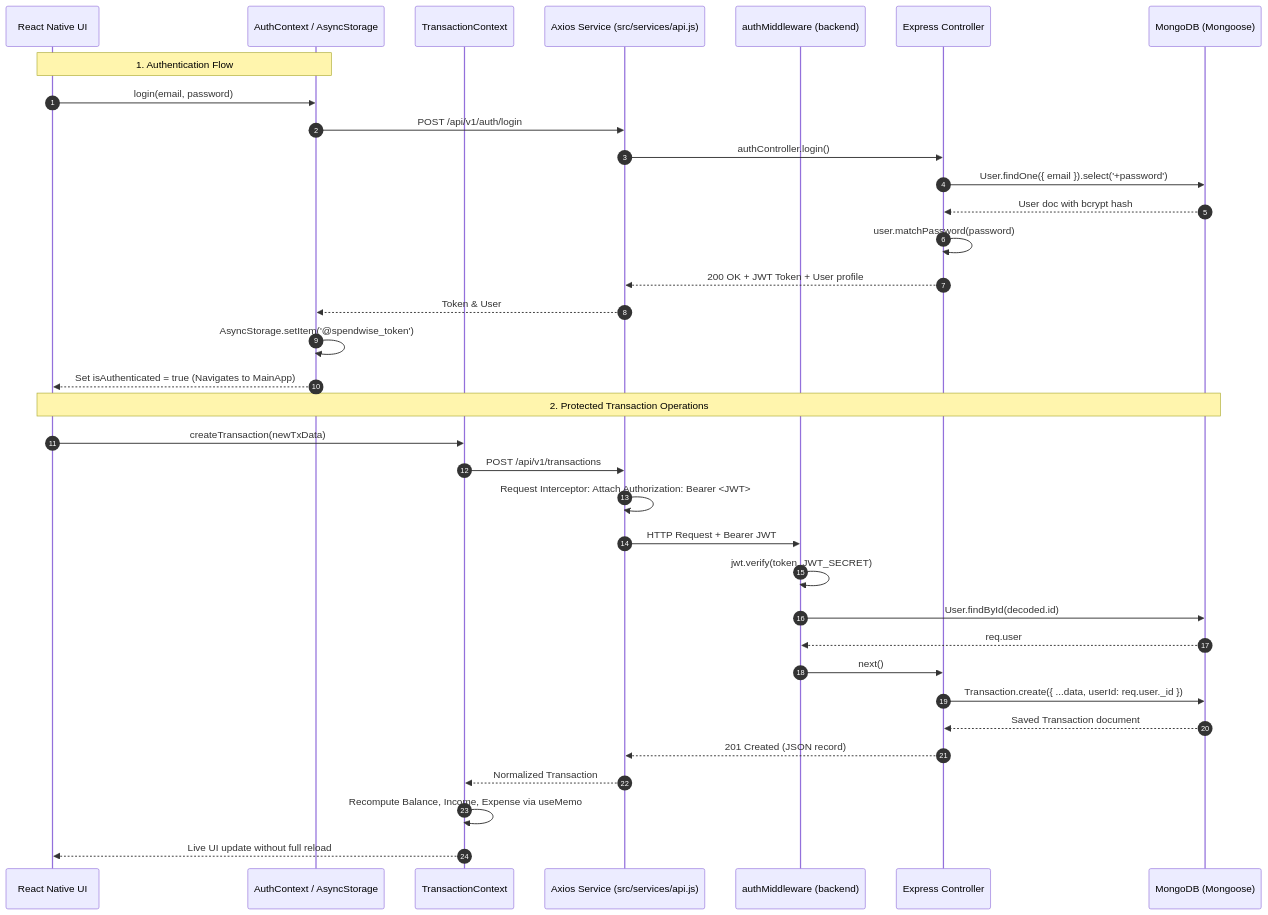
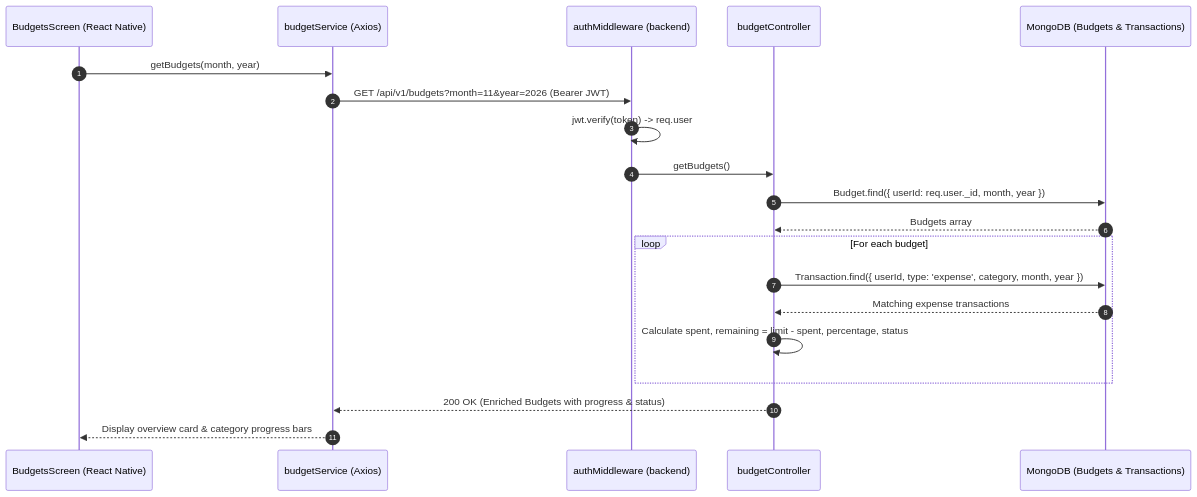
Before and after one commit to hemangsingh-47/spendwise: the first of 4 diagrams in docs/PROJECT_ARCHITECTURE.md, drawn with Mermaid. The commit also changed other lines of this file and 2 other files, not shown here.

Commit message:
docs: document Phase 9 and 10 architecture, data flows, and 50 viva Q&As

````diff
--- a/docs/PROJECT_ARCHITECTURE.md
+++ b/docs/PROJECT_ARCHITECTURE.md
@@ -150,39 +177,23 @@
 ```mermaid
 sequenceDiagram
     autonumber
-    participant UI as React Native UI
-    participant AuthCtx as AuthContext / AsyncStorage
-    participant TxCtx as TransactionContext
-    participant ApiClient as Axios Service (src/services/api.js)
+    participant UI as BudgetsScreen (React Native)
+    participant Svc as budgetService (Axios)
     participant AuthMid as authMiddleware (backend)
-    participant Ctrl as Express Controller
-    participant DB as MongoDB (Mongoose)
+    participant Ctrl as budgetController
+    participant DB as MongoDB (Budgets & Transactions)
 
-    Note over UI,AuthCtx: 1. Authentication Flow
-    UI->>AuthCtx: login(email, password)
-    AuthCtx->>ApiClient: POST /api/v1/auth/login
-    ApiClient->>Ctrl: authController.login()
-    Ctrl->>DB: User.findOne({ email }).select('+password')
-    DB-->>Ctrl: User doc with bcrypt hash
-    Ctrl->>Ctrl: user.matchPassword(password)
-    Ctrl-->>ApiClient: 200 OK + JWT Token + User profile
-    ApiClient-->>AuthCtx: Token & User
-    AuthCtx->>AuthCtx: AsyncStorage.setItem('@spendwise_token')
-    AuthCtx-->>UI: Set isAuthenticated = true (Navigates to MainApp)
-
-    Note over UI,DB: 2. Protected Transaction Operations
-    UI->>TxCtx: createTransaction(newTxData)
-    TxCtx->>ApiClient: POST /api/v1/transactions
-    ApiClient->>ApiClient: Request Interceptor: Attach Authorization: Bearer <JWT>
-    ApiClient->>AuthMid: HTTP Request + Bearer JWT
-    AuthMid->>AuthMid: jwt.verify(token, JWT_SECRET)
-    AuthMid->>DB: User.findById(decoded.id)
-    DB-->>AuthMid: req.user
-    AuthMid->>Ctrl: next()
-    Ctrl->>DB: Transaction.create({ ...data, userId: req.user._id })
-    DB-->>Ctrl: Saved Transaction document
-    Ctrl-->>ApiClient: 201 Created (JSON record)
-    ApiClient-->>TxCtx: Normalized Transaction
-    TxCtx->>TxCtx: Recompute Balance, Income, Expense via useMemo
-    TxCtx-->>UI: Live UI update without full reload
+    UI->>Svc: getBudgets(month, year)
+    Svc->>AuthMid: GET /api/v1/budgets?month=11&year=2026 (Bearer JWT)
+    AuthMid->>AuthMid: jwt.verify(token) -> req.user
+    AuthMid->>Ctrl: getBudgets()
+    Ctrl->>DB: Budget.find({ userId: req.user._id, month, year })
+    DB-->>Ctrl: Budgets array
+    loop For each budget
+        Ctrl->>DB: Transaction.find({ userId, type: 'expense', category, month, year })
+        DB-->>Ctrl: Matching expense transactions
+        Ctrl->>Ctrl: Calculate spent, remaining = limit - spent, percentage, status
+    end
+    Ctrl-->>Svc: 200 OK (Enriched Budgets with progress & status)
+    Svc-->>UI: Display overview card & category progress bars
 ```
````
